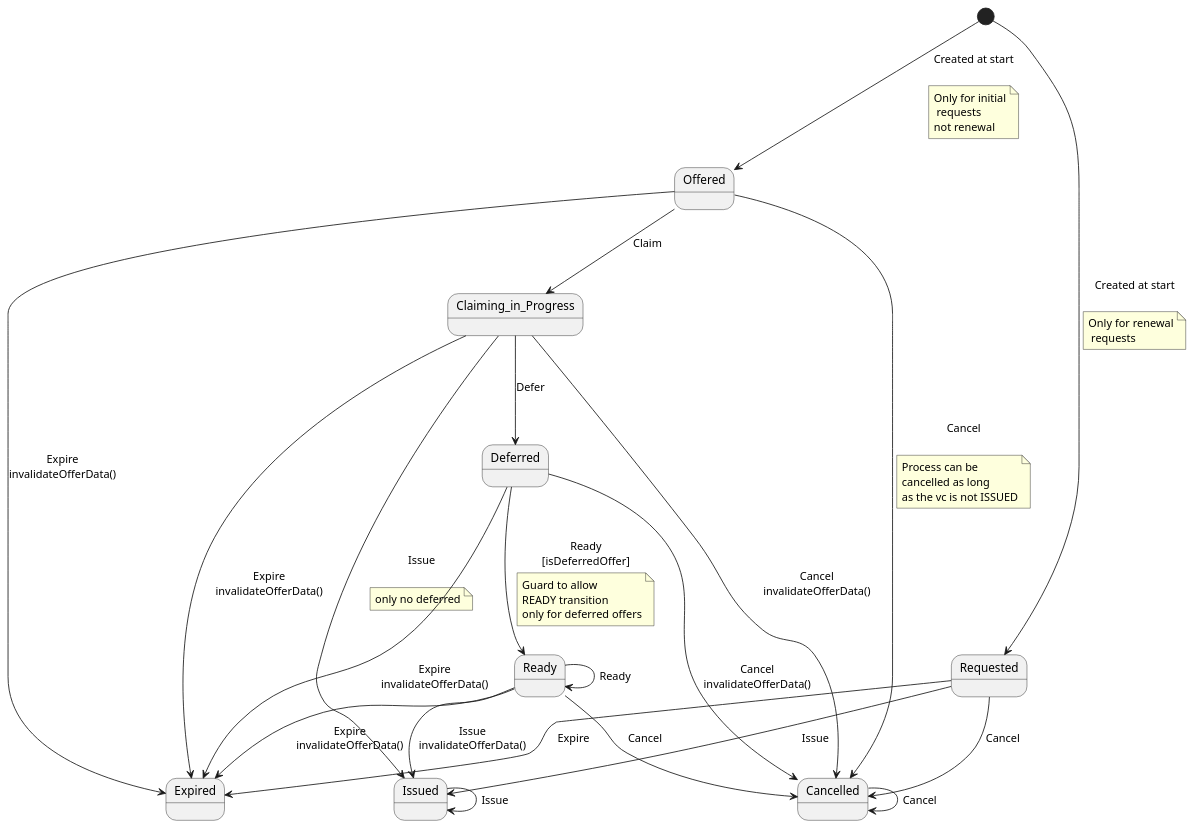
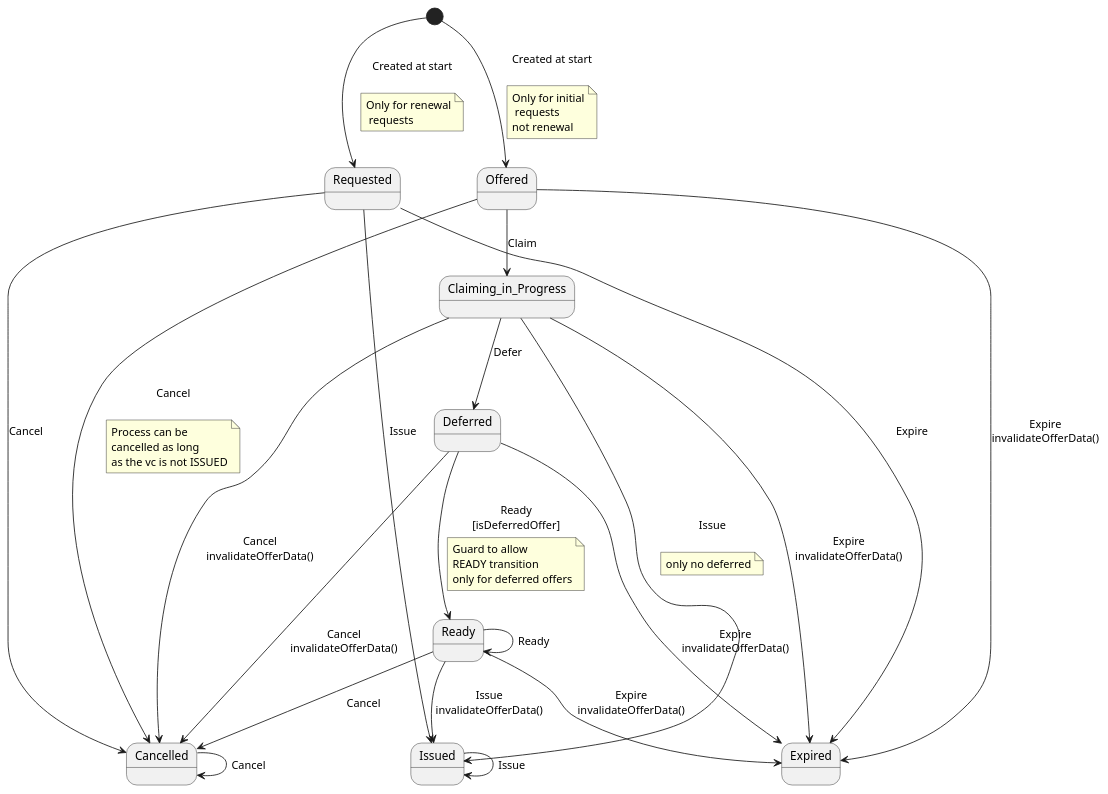
One commit to swiyu-admin-ch/swiyu-issuer changed the diagram in issuer-service/src/main/resources/plantuml/credentialOfferStateMachine.puml. Above: the diagram before and after it, drawn with PlantUML. The commit also changed other lines of this file and 17 other files, not shown here.

```diff
--- a/issuer-service/src/main/resources/plantuml/credentialOfferStateMachine.puml
+++ b/issuer-service/src/main/resources/plantuml/credentialOfferStateMachine.puml
@@ -1,58 +1,58 @@
 @startuml
+state Requested
 state Ready
+state Claiming_in_Progress
+state Deferred
+state Expired
+state Cancelled
 state Issued
-state Cancelled
-state Expired
-state Claiming_in_Progress
 state Offered
-state Requested
-state Deferred
 [*] --> Offered : Created at start\n
 note on link
 Only for initial
  requests
 not renewal
 end note
 
 [*] --> Requested : Created at start\n
 note on link
 Only for renewal
  requests
 end note
 
 Requested --> Issued : Issue
 Requested --> Cancelled : Cancel
 Requested --> Expired : Expire
 Offered --> Cancelled : Cancel\n
 note on link
 Process can be
 cancelled as long
 as the vc is not ISSUED
 end note
 
 Offered --> Expired : Expire\ninvalidateOfferData()
 Offered --> Claiming_in_Progress : Claim
 Claiming_in_Progress --> Expired : Expire\ninvalidateOfferData()
 Claiming_in_Progress --> Deferred : Defer
 Claiming_in_Progress --> Issued : Issue\n
 note on link
 only no deferred
 end note
 
 Claiming_in_Progress --> Cancelled : Cancel\ninvalidateOfferData()
 Deferred --> Ready : Ready\n[isDeferredOffer]
 note on link
 Guard to allow
 READY transition
 only for deferred offers
 end note
 
 Deferred --> Expired : Expire\ninvalidateOfferData()
 Deferred --> Cancelled : Cancel\ninvalidateOfferData()
 Ready --> Issued : Issue\ninvalidateOfferData()
 Ready --> Expired : Expire\ninvalidateOfferData()
 Ready --> Cancelled : Cancel
 Ready --> Ready : Ready
 Issued --> Issued : Issue
 Cancelled --> Cancelled : Cancel
 @enduml
```
